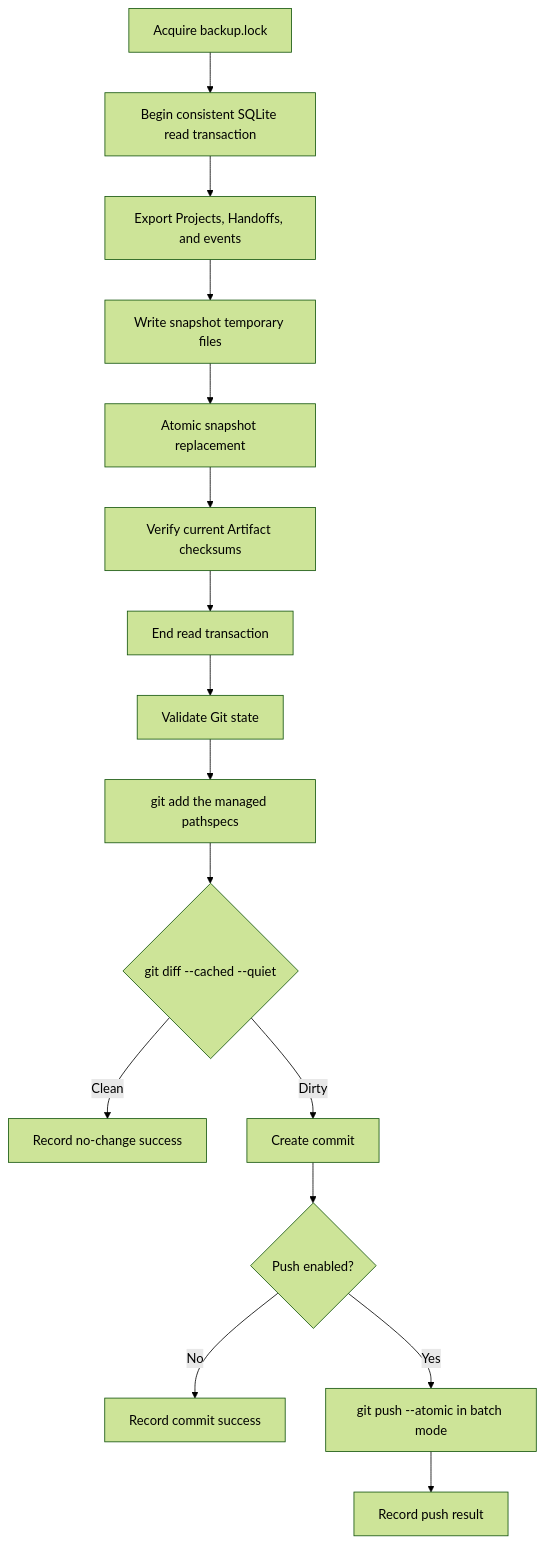
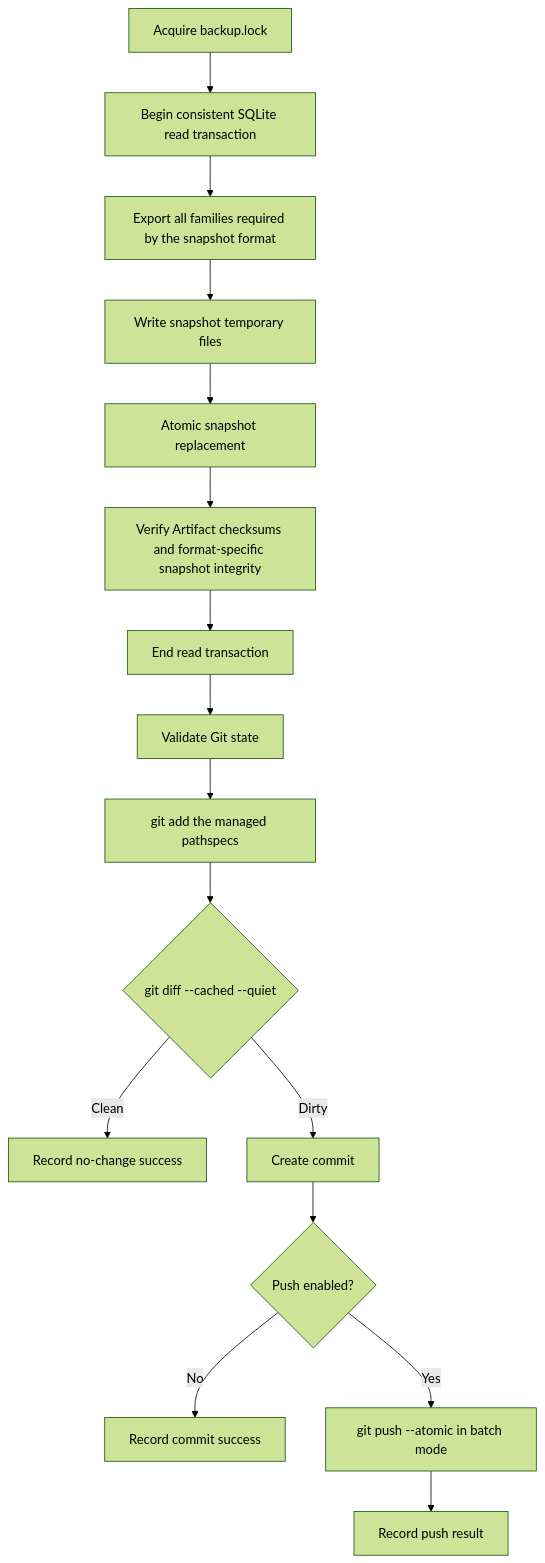
Before and after one commit to irootkernel/sorage: the diagram in docs/specs/interfaces-and-operations.md, drawn with Mermaid (forest theme). The commit also changed other lines of this file and 16 other files, not shown here.

````diff
--- a/docs/specs/interfaces-and-operations.md
+++ b/docs/specs/interfaces-and-operations.md
@@ -1198,18 +1222,18 @@
 ```mermaid
 flowchart TD
     A[Acquire backup.lock] --> B[Begin consistent SQLite read transaction]
-    B --> C[Export Projects, Handoffs, and events]
+    B --> C[Export all families required by the snapshot format]
     C --> D[Write snapshot temporary files]
     D --> E[Atomic snapshot replacement]
-    E --> F[Verify current Artifact checksums]
+    E --> F[Verify Artifact checksums and format-specific snapshot integrity]
     F --> G[End read transaction]
     G --> H[Validate Git state]
     H --> I[git add the managed pathspecs]
     I --> J{git diff --cached --quiet}
     J -->|Clean| K[Record no-change success]
     J -->|Dirty| L[Create commit]
     L --> M{Push enabled?}
     M -->|No| N[Record commit success]
     M -->|Yes| O[git push --atomic in batch mode]
     O --> P[Record push result]
 ```
````
